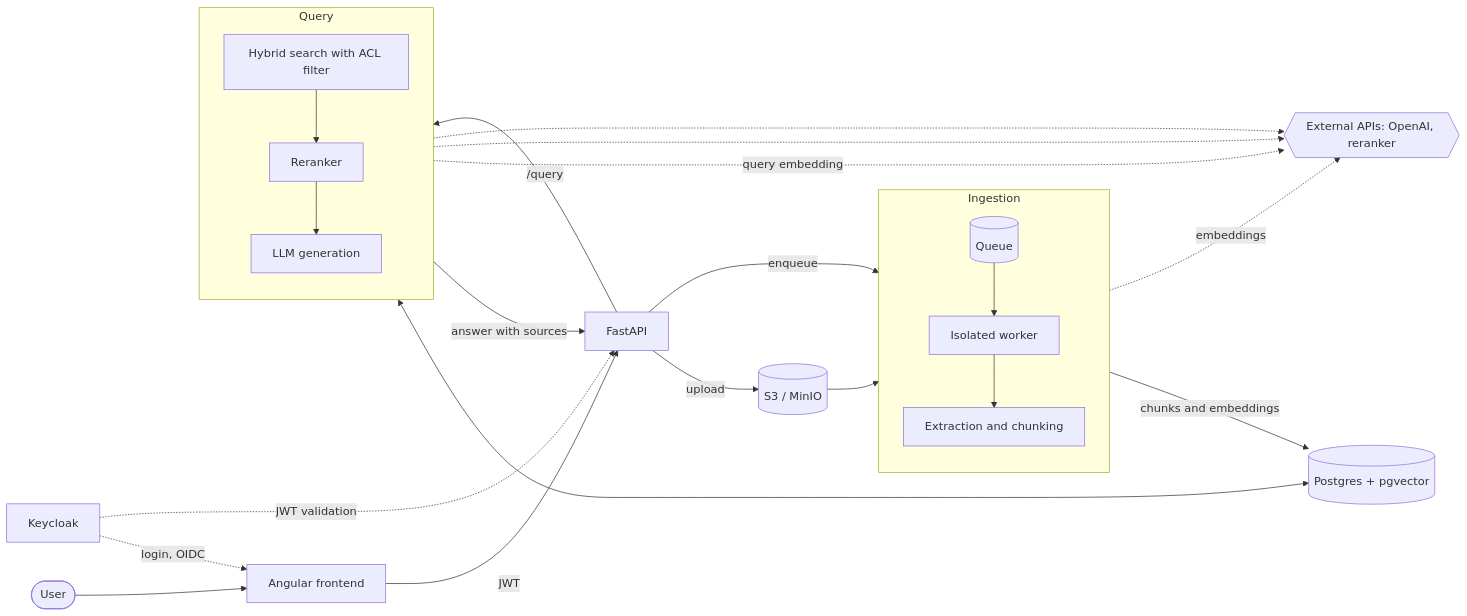
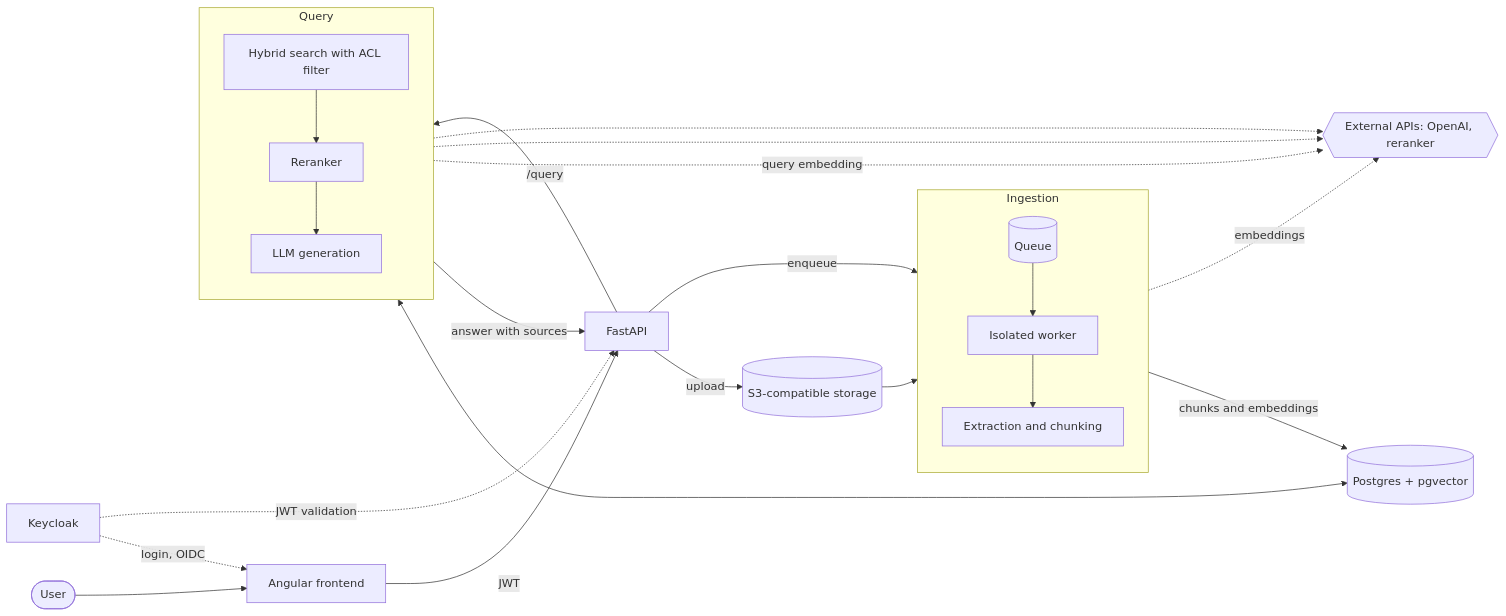
The diagram in docs/vision.md (jnascimentogcc/macedon), drawn with Mermaid before and after one commit. The commit also changed other lines of this file and 14 other files, not shown here.

````diff
--- a/docs/vision.md
+++ b/docs/vision.md
@@ -47,32 +47,32 @@
 ```mermaid
 flowchart LR
     User([User]) --> FE[Angular frontend]
     FE -->|JWT| API[FastAPI]
     KC[Keycloak] -. login, OIDC .-> FE
     KC -. JWT validation .-> API
 
     subgraph Ingestion
         direction TB
         Q[(Queue)] --> W[Isolated worker]
         W --> X[Extraction and chunking]
     end
 
     subgraph Query
         direction TB
         H[Hybrid search with ACL filter] --> R[Reranker]
         R --> G[LLM generation]
     end
 
-    API -->|upload| S3[(S3 / MinIO)]
+    API -->|upload| S3[(S3-compatible storage)]
     API -->|enqueue| Q
     S3 --> W
     X -->|chunks and embeddings| PG[(Postgres + pgvector)]
     API -->|/query| H
     H <--> PG
     G -->|answer with sources| API
 
     X -. embeddings .-> EXT{{External APIs: OpenAI, reranker}}
     H -. query embedding .-> EXT
     R -.-> EXT
     G -.-> EXT
 ```
````
